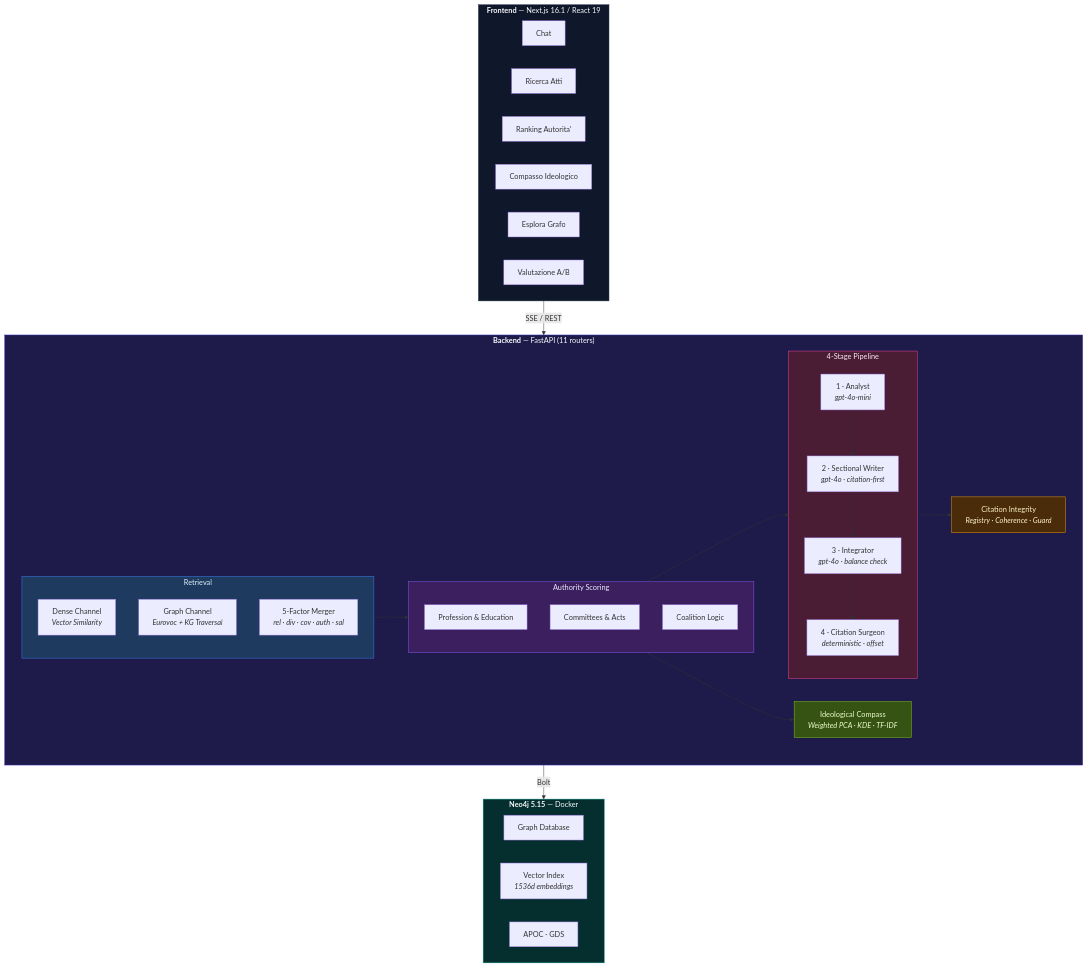
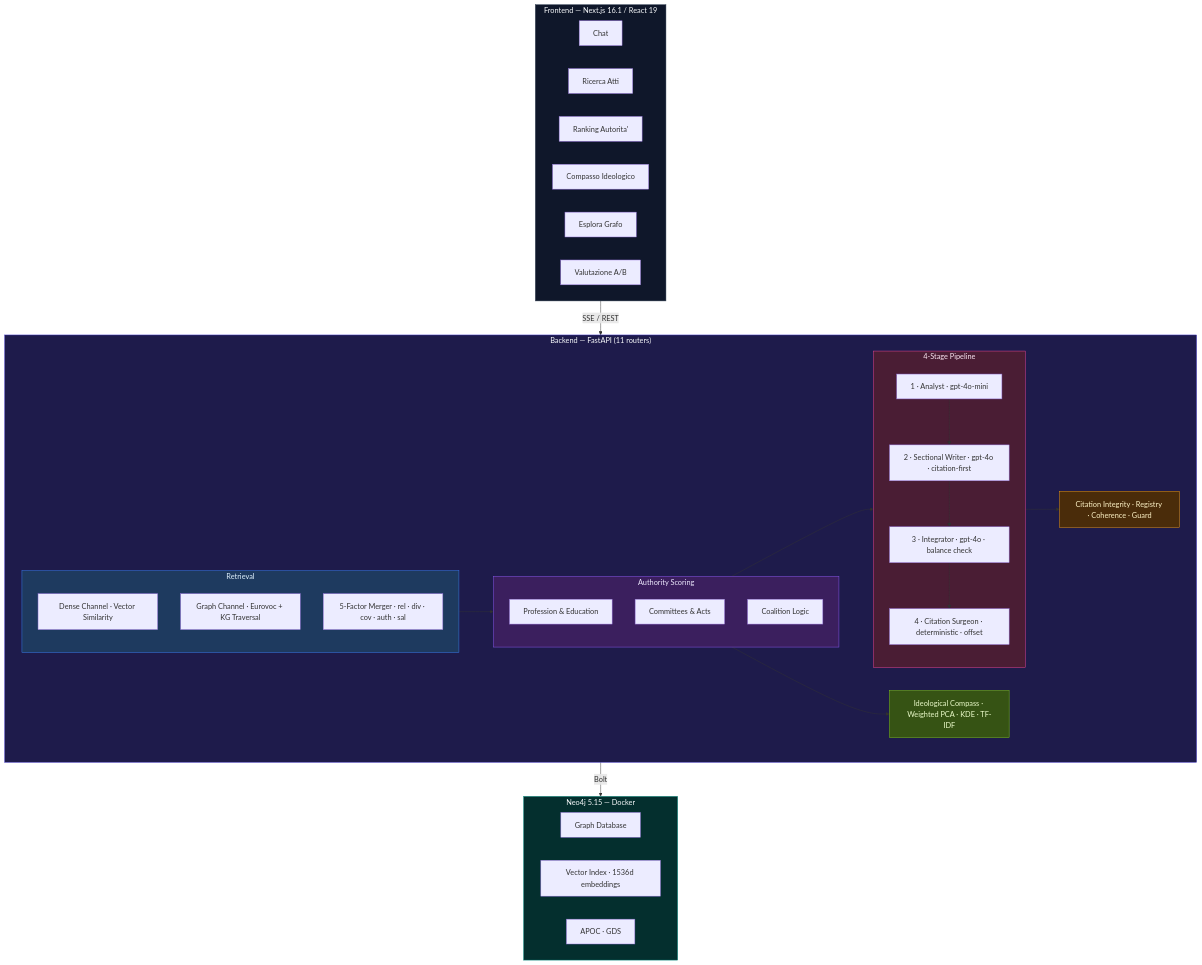
The first of 2 diagrams in README.md (Emeierkeio/ParliamentRAG), drawn with Mermaid before and after one commit. The commit also changed other lines of this file, not shown here.

````diff
--- a/README.md
+++ b/README.md
@@ -66,60 +105,60 @@
 ```mermaid
 flowchart TB
-  subgraph Frontend["<b>Frontend</b> — Next.js 16.1 / React 19"]
+  subgraph Frontend["Frontend — Next.js 16.1 / React 19"]
     direction LR
     Chat["Chat"]
     Search["Ricerca Atti"]
     Ranking["Ranking Autorita'"]
     Compass["Compasso Ideologico"]
     Explorer["Esplora Grafo"]
     Eval["Valutazione A/B"]
   end
 
   Frontend -->|"SSE / REST"| Backend
 
-  subgraph Backend["<b>Backend</b> — FastAPI (11 routers)"]
+  subgraph Backend["Backend — FastAPI (11 routers)"]
     direction LR
     subgraph Retrieval["Retrieval"]
-      Dense["Dense Channel<br/><i>Vector Similarity</i>"]
-      Graph["Graph Channel<br/><i>Eurovoc + KG Traversal</i>"]
-      Merger["5-Factor Merger<br/><i>rel · div · cov · auth · sal</i>"]
+      Dense["Dense Channel · Vector Similarity"]
+      Graph["Graph Channel · Eurovoc + KG Traversal"]
+      Merger["5-Factor Merger · rel · div · cov · auth · sal"]
     end
     subgraph Authority["Authority Scoring"]
       Prof["Profession & Education"]
       Comm["Committees & Acts"]
       Coal["Coalition Logic"]
     end
     subgraph Generation["4-Stage Pipeline"]
-      S1["1 · Analyst<br/><i>gpt-4o-mini</i>"]
-      S2["2 · Sectional Writer<br/><i>gpt-4o · citation-first</i>"]
-      S3["3 · Integrator<br/><i>gpt-4o · balance check</i>"]
-      S4["4 · Citation Surgeon<br/><i>deterministic · offset</i>"]
+      S1["1 · Analyst · gpt-4o-mini"]
+      S2["2 · Sectional Writer · gpt-4o · citation-first"]
+      S3["3 · Integrator · gpt-4o · balance check"]
+      S4["4 · Citation Surgeon · deterministic · offset"]
       S1 --> S2 --> S3 --> S4
     end
-    CompassSvc["Ideological Compass<br/><i>Weighted PCA · KDE · TF-IDF</i>"]
-    Integrity["Citation Integrity<br/><i>Registry · Coherence · Guard</i>"]
+    CompassSvc["Ideological Compass · Weighted PCA · KDE · TF-IDF"]
+    Integrity["Citation Integrity · Registry · Coherence · Guard"]
   end
 
   Retrieval --> Authority
   Authority --> Generation
   Authority --> CompassSvc
   Generation --> Integrity
 
   Backend -->|"Bolt"| DB
 
-  subgraph DB["<b>Neo4j 5.15</b> — Docker"]
+  subgraph DB["Neo4j 5.15 — Docker"]
     direction LR
     GraphDB["Graph Database"]
-    VectorIdx["Vector Index<br/><i>1536d embeddings</i>"]
+    VectorIdx["Vector Index · 1536d embeddings"]
     Plugins["APOC · GDS"]
   end
 
   style Frontend fill:#0f172a,stroke:#334155,color:#f8fafc
   style Backend fill:#1e1b4b,stroke:#4338ca,color:#f8fafc
   style DB fill:#042f2e,stroke:#0d9488,color:#f8fafc
   style Retrieval fill:#1e3a5f,stroke:#3b82f6,color:#e0f2fe
   style Authority fill:#3b1f5e,stroke:#8b5cf6,color:#ede9fe
   style Generation fill:#4a1d34,stroke:#ec4899,color:#fce7f3
   style CompassSvc fill:#365314,stroke:#84cc16,color:#ecfccb
   style Integrity fill:#4a2c0a,stroke:#f59e0b,color:#fef3c7
 ```
````
